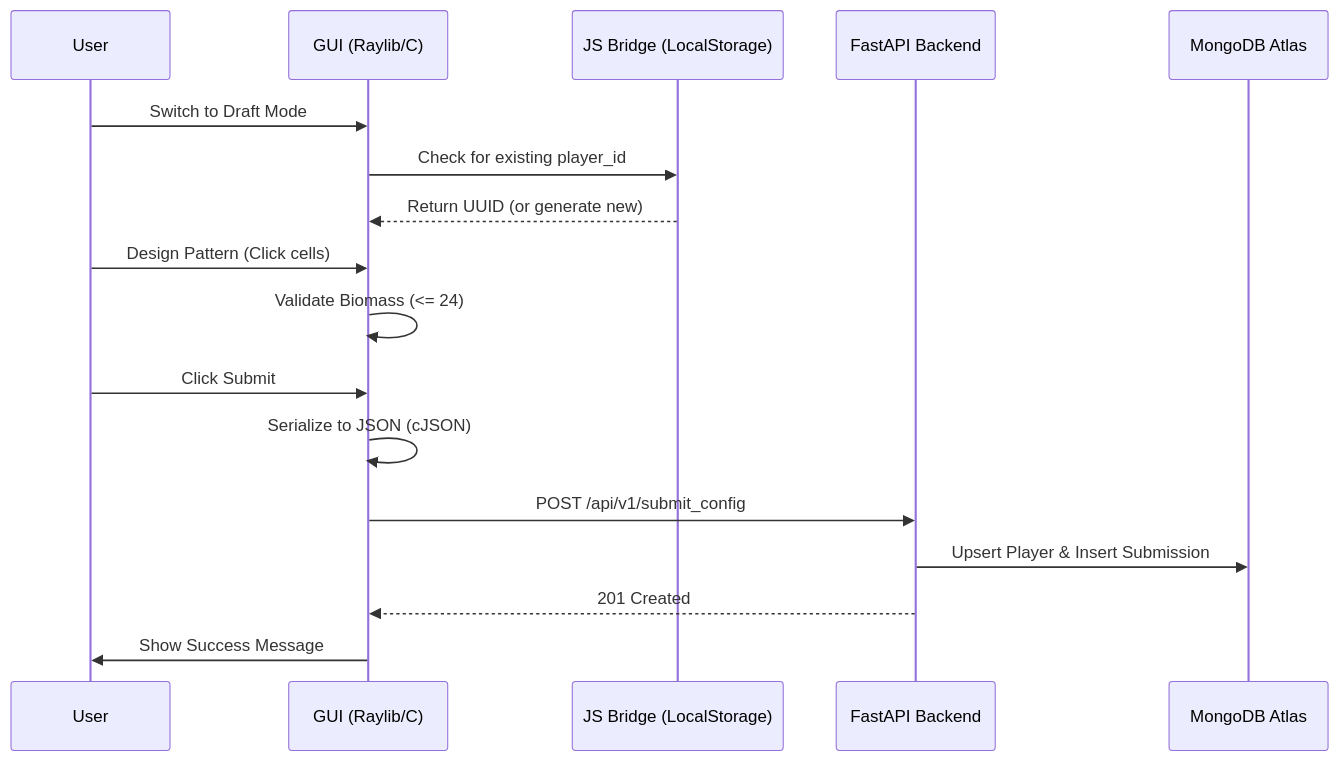
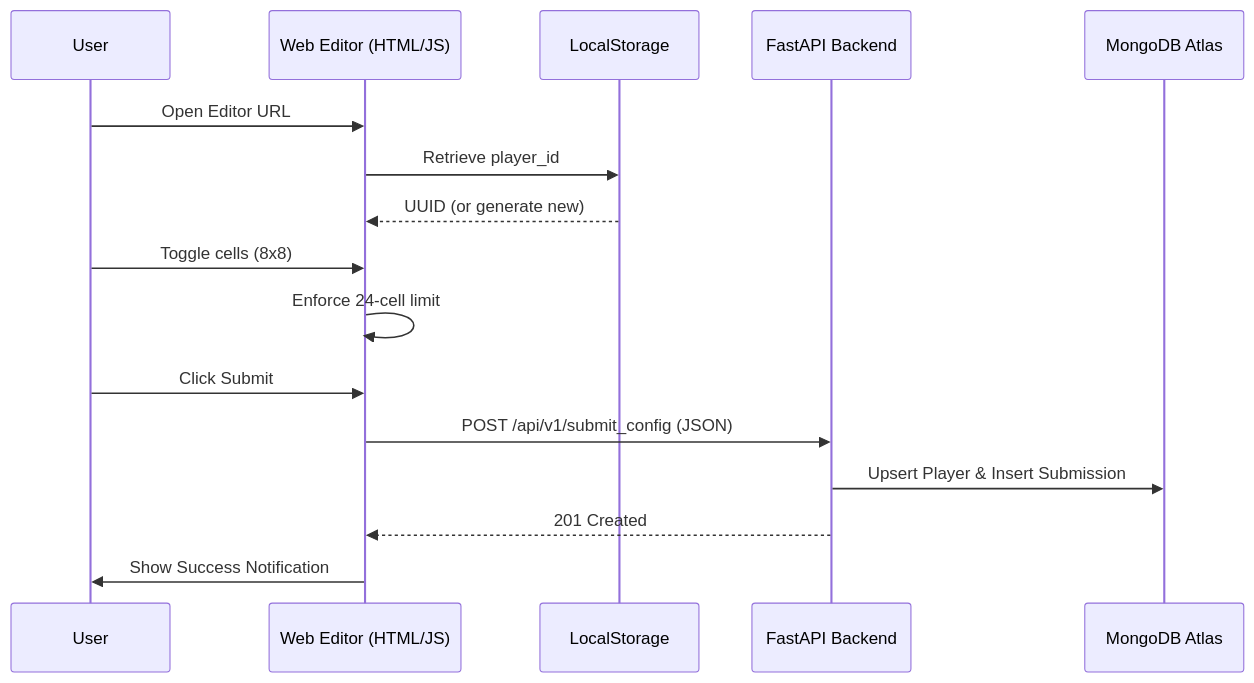
One commit to FriedemannStud/GameOfLife changed the diagram in docs/tech_design/DEV_TECH_DESIGN-0013-wasm-draft-mode-and-level-editor.md. Above: the diagram before and after it, drawn with Mermaid. The commit also changed other lines of this file and 9 other files, not shown here.

First line of the commit message:
Refactor WASM Draft Mode to Mobile-First Web Draft Editor

````diff
--- a/docs/tech_design/DEV_TECH_DESIGN-0013-wasm-draft-mode-and-level-editor.md
+++ b/docs/tech_design/DEV_TECH_DESIGN-0013-wasm-draft-mode-and-level-editor.md
@@ -35,20 +36,19 @@
 ```mermaid
 sequenceDiagram
     participant User
-    participant Raylib as GUI (Raylib/C)
-    participant JS as JS Bridge (LocalStorage)
+    participant Web as Web Editor (HTML/JS)
+    participant LS as LocalStorage
     participant API as FastAPI Backend
     participant DB as MongoDB Atlas
 
-    User->>Raylib: Switch to Draft Mode
-    Raylib->>JS: Check for existing player_id
-    JS-->>Raylib: Return UUID (or generate new)
-    User->>Raylib: Design Pattern (Click cells)
-    Raylib->>Raylib: Validate Biomass (<= 24)
-    User->>Raylib: Click Submit
-    Raylib->>Raylib: Serialize to JSON (cJSON)
-    Raylib->>API: POST /api/v1/submit_config
+    User->>Web: Open Editor URL
+    Web->>LS: Retrieve player_id
+    LS-->>Web: UUID (or generate new)
+    User->>Web: Toggle cells (8x8)
+    Web->>Web: Enforce 24-cell limit
+    User->>Web: Click Submit
+    Web->>API: POST /api/v1/submit_config (JSON)
     API->>DB: Upsert Player & Insert Submission
-    API-->>Raylib: 201 Created
-    Raylib->>User: Show Success Message
+    API-->>Web: 201 Created
+    Web->>User: Show Success Notification
 ```
````
